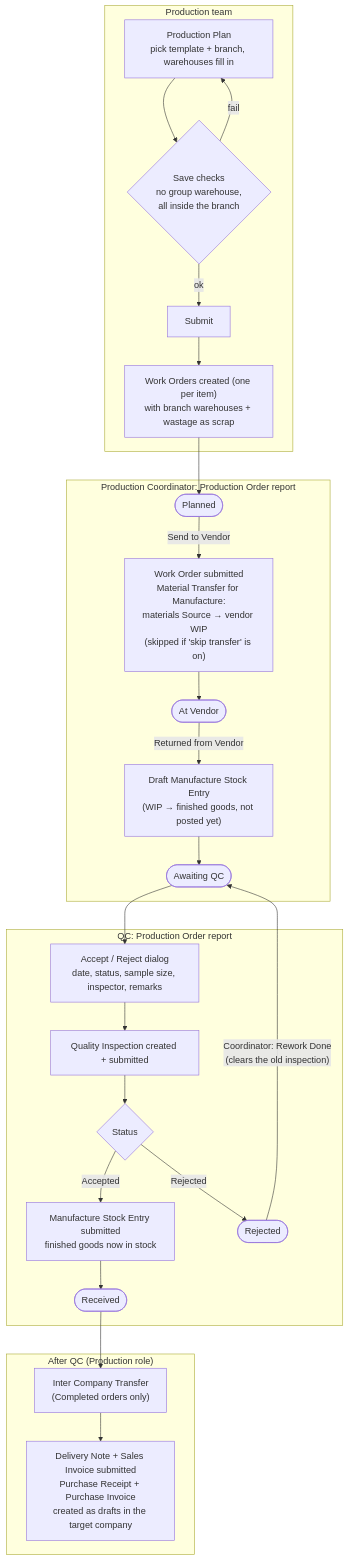
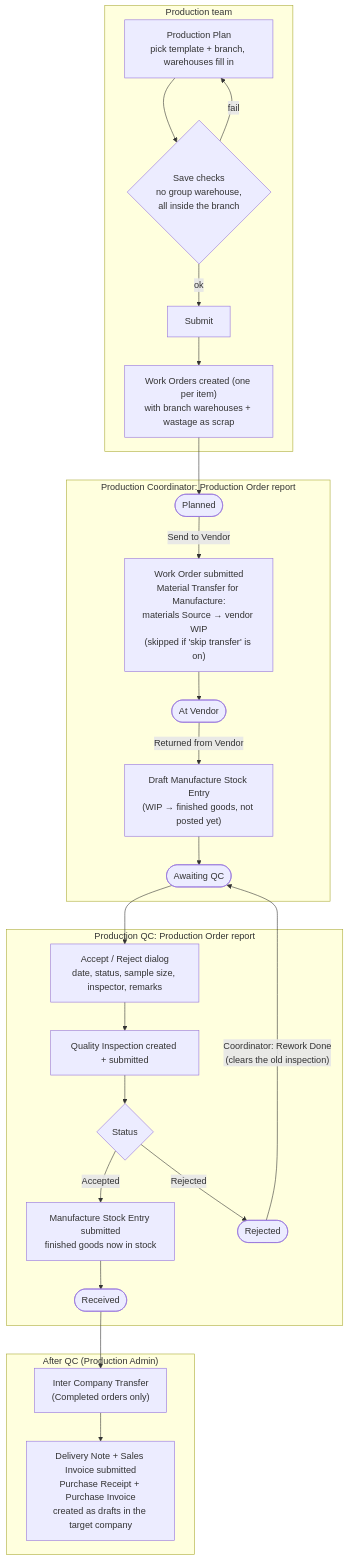
Before and after one commit to Nastyworldwide-Dev/handa-production_planner: the diagram in docs/production_overview.md, drawn with Mermaid. The commit also changed other lines of this file and 24 other files, not shown here.

First line of the commit message:
refactor: standardise roles as Production Admin / Coordinator / QC

````diff
--- a/docs/production_overview.md
+++ b/docs/production_overview.md
@@ -25,33 +25,33 @@
 ```mermaid
 flowchart TD
   subgraph P["Production team"]
     P1["Production Plan<br/>pick template + branch, warehouses fill in"] --> P2{"Save checks<br/>no group warehouse,<br/>all inside the branch"}
     P2 -- fail --> P1
     P2 -- ok --> P3["Submit"]
     P3 --> P4["Work Orders created (one per item)<br/>with branch warehouses + wastage as scrap"]
   end
 
   subgraph C["Production Coordinator: Production Order report"]
     C0(["Planned"]) -->|"Send to Vendor"| C1["Work Order submitted<br/>Material Transfer for Manufacture:<br/>materials Source → vendor WIP<br/>(skipped if 'skip transfer' is on)"]
     C1 --> C2(["At Vendor"])
     C2 -->|"Returned from Vendor"| C3["Draft Manufacture Stock Entry<br/>(WIP → finished goods, not posted yet)"]
     C3 --> C4(["Awaiting QC"])
   end
 
-  subgraph Q["QC: Production Order report"]
+  subgraph Q["Production QC: Production Order report"]
     Q1["Accept / Reject dialog<br/>date, status, sample size, inspector, remarks"] --> Q2["Quality Inspection created + submitted"]
     Q2 --> Q3{"Status"}
     Q3 -- Accepted --> Q4["Manufacture Stock Entry submitted<br/>finished goods now in stock"]
     Q4 --> Q5(["Received"])
     Q3 -- Rejected --> Q6(["Rejected"])
   end
 
-  subgraph T["After QC (Production role)"]
+  subgraph T["After QC (Production Admin)"]
     T1["Inter Company Transfer<br/>(Completed orders only)"] --> T2["Delivery Note + Sales Invoice submitted<br/>Purchase Receipt + Purchase Invoice<br/>created as drafts in the target company"]
   end
 
   P4 --> C0
   C4 --> Q1
   Q6 -->|"Coordinator: Rework Done<br/>(clears the old inspection)"| C4
   Q5 --> T1
 ```
````
